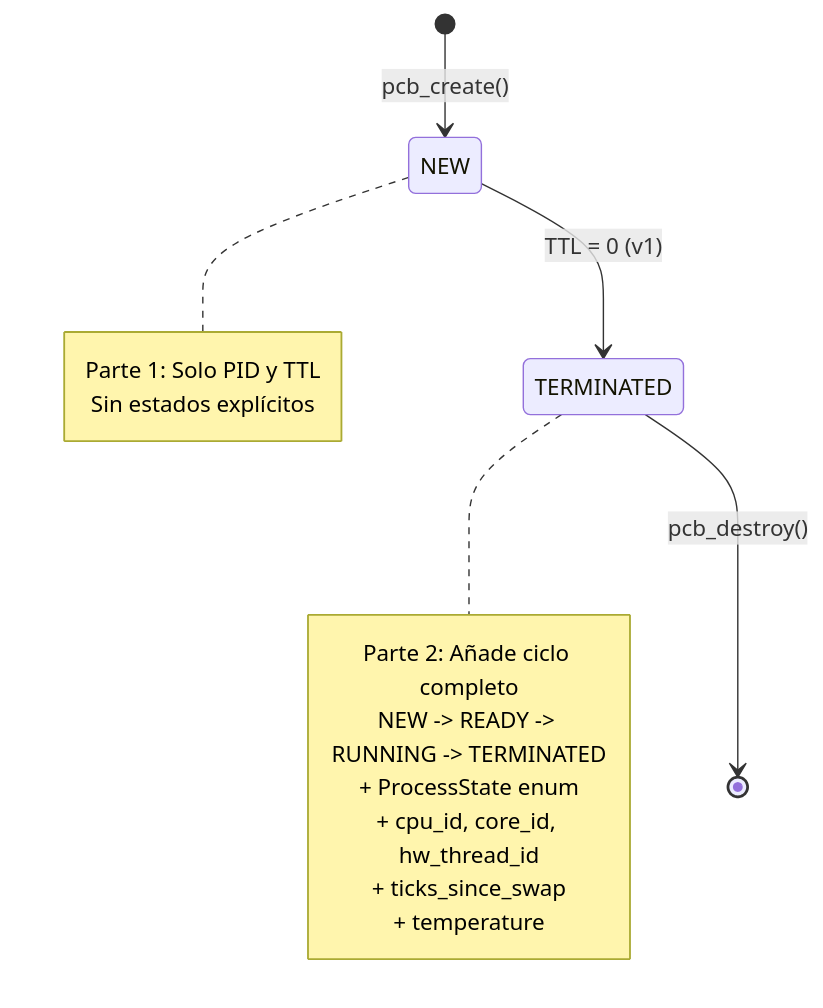
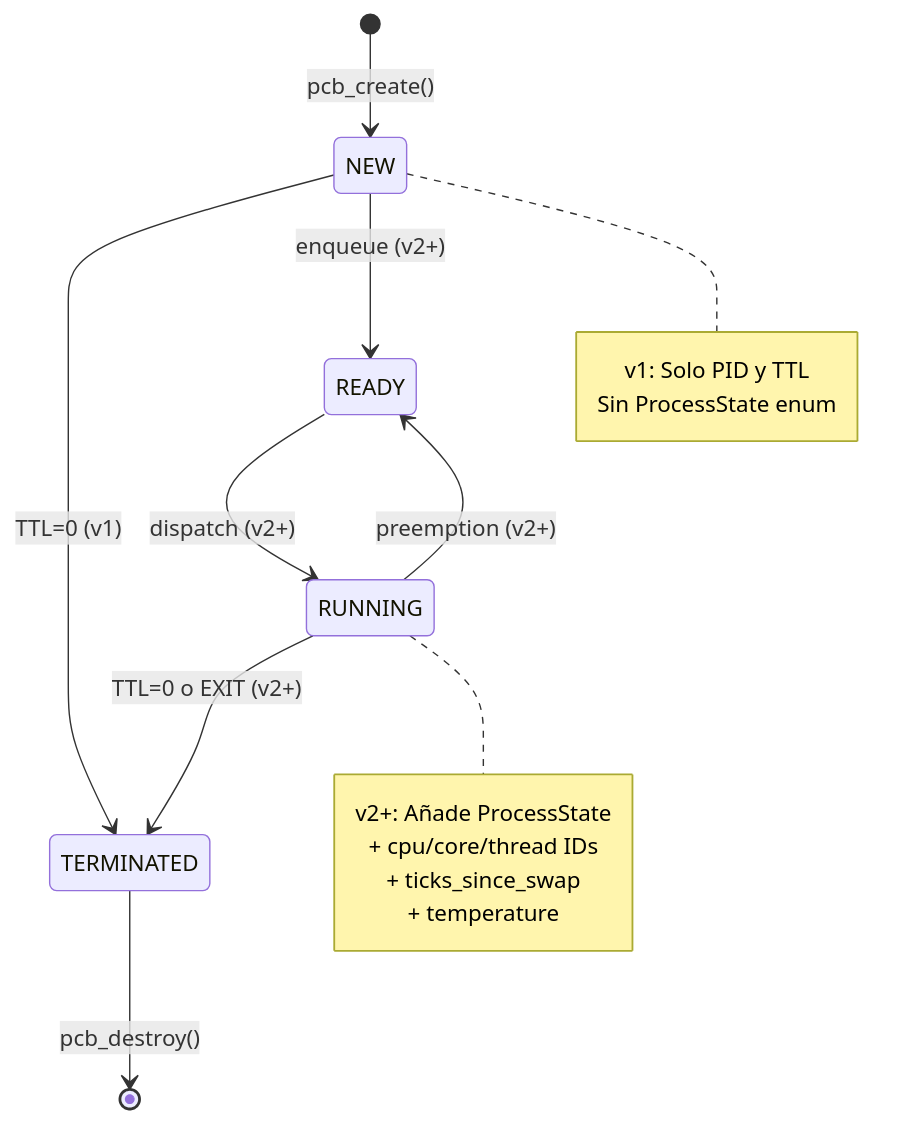
The third of 4 diagrams in docs/sections/01-parte1-base.md (KingJorjai/churrOS), drawn with Mermaid before and after one commit. The commit also changed other lines of this file and 4 other files, not shown here.

````diff
--- a/docs/sections/01-parte1-base.md
+++ b/docs/sections/01-parte1-base.md
@@ -112,22 +112,25 @@
 ```{.mermaid format=pdf}
 stateDiagram-v2
     [*] --> NEW: pcb_create()
     
+    NEW --> TERMINATED: TTL=0 (v1)
+    NEW --> READY: enqueue (v2+)
+    
+    READY --> RUNNING: dispatch (v2+)
+    RUNNING --> READY: preemption (v2+)
+    RUNNING --> TERMINATED: TTL=0 o EXIT (v2+)
+    
+    TERMINATED --> [*]: pcb_destroy()
+    
     note right of NEW
-        Parte 1: Solo PID y TTL
-        Sin estados explícitos
+        v1: Solo PID y TTL
+        Sin ProcessState enum
     end note
     
-    NEW --> TERMINATED: TTL = 0 (v1)
-    
-    note right of TERMINATED
-        Parte 2: Añade ciclo completo
-        NEW -> READY -> RUNNING -> TERMINATED
-        + ProcessState enum
-        + cpu_id, core_id, hw_thread_id
+    note right of RUNNING
+        v2+: Añade ProcessState
+        + cpu/core/thread IDs
         + ticks_since_swap
         + temperature
     end note
-    
-    TERMINATED --> [*]: pcb_destroy()
 ```
````
